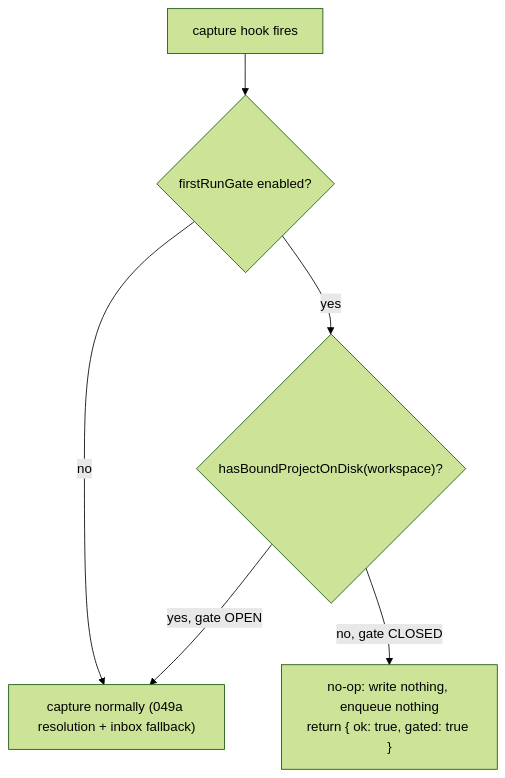
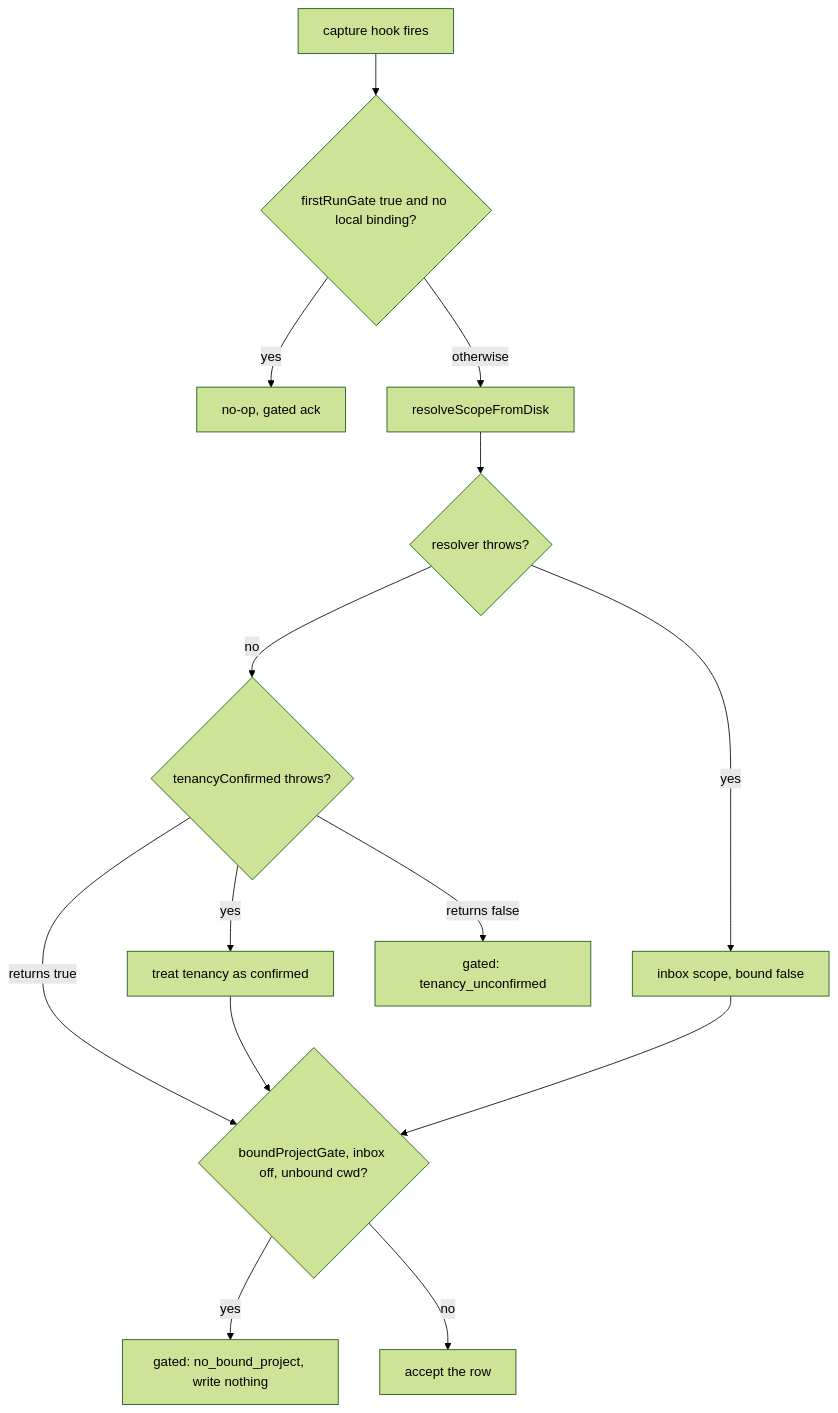
Before and after one commit to legioncodeinc/honeycomb: the second of 4 diagrams in library/knowledge/private/architecture/projects-onboarding-and-lifecycle.md, drawn with Mermaid (forest theme). The commit also changed other lines of this file and 257 other files, not shown here.

````diff
--- a/library/knowledge/private/architecture/projects-onboarding-and-lifecycle.md
+++ b/library/knowledge/private/architecture/projects-onboarding-and-lifecycle.md
@@ -64,8 +67,16 @@
 ```mermaid
 flowchart TD
-    fire["capture hook fires"] --> on{"firstRunGate enabled?"}
-    on -->|no| capture["capture normally (049a resolution + inbox fallback)"]
-    on -->|yes| bound{"hasBoundProjectOnDisk(workspace)?"}
-    bound -->|yes, gate OPEN| capture
-    bound -->|no, gate CLOSED| gated["no-op: write nothing, enqueue nothing<br/>return { ok: true, gated: true }"]
+    fire["capture hook fires"] --> fr{"firstRunGate true and no local binding?"}
+    fr -->|yes| gated["no-op, gated ack"]
+    fr -->|otherwise| resolve["resolveScopeFromDisk"]
+    resolve --> resolverThrow{"resolver throws?"}
+    resolverThrow -->|yes| inbox["inbox scope, bound false"]
+    resolverThrow -->|no| tenancy{"tenancyConfirmed throws?"}
+    tenancy -->|yes| confirmed["treat tenancy as confirmed"]
+    tenancy -->|returns false| tenGated["gated: tenancy_unconfirmed"]
+    tenancy -->|returns true| bound{"boundProjectGate, inbox off, unbound cwd?"}
+    confirmed --> bound
+    inbox --> bound
+    bound -->|yes| noBound["gated: no_bound_project, write nothing"]
+    bound -->|no| capture["accept the row"]
 ```
````
